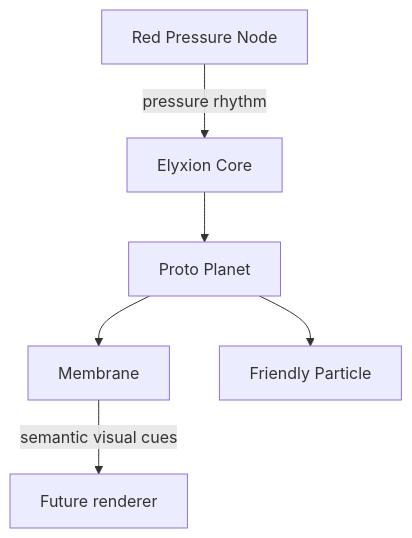
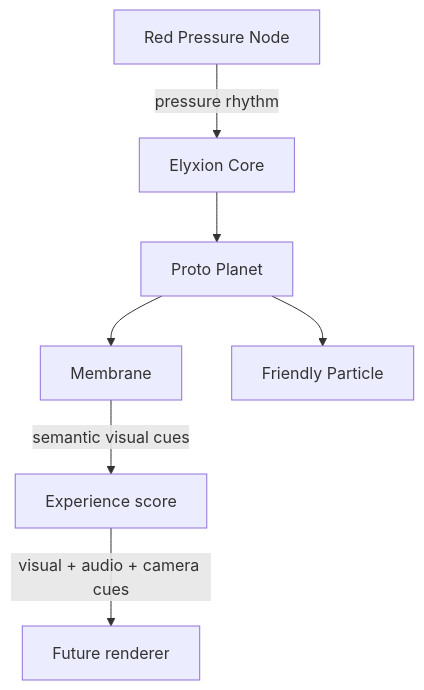
The diagram in README.md (Parviz664/Elyxion), drawn with Mermaid before and after one commit. The commit also changed other lines of this file and 10 other files, not shown here.

Commit message:
Add first-contact experience score

````diff
--- a/README.md
+++ b/README.md
@@ -10,8 +10,9 @@
 ```mermaid
 flowchart TD
     R["Red Pressure Node"] -->|pressure rhythm| C["Elyxion Core"]
     C --> P["Proto Planet"]
     P --> M["Membrane"]
     P --> F["Friendly Particle"]
-    M -->|semantic visual cues| V["Future renderer"]
+    M -->|semantic visual cues| S["Experience score"]
+    S -->|visual + audio + camera cues| V["Future renderer"]
 ```
````
